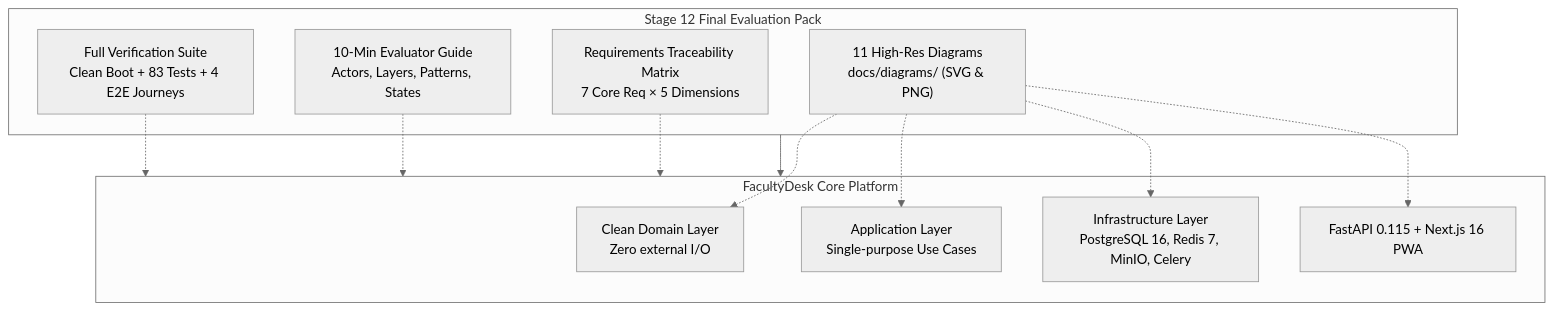
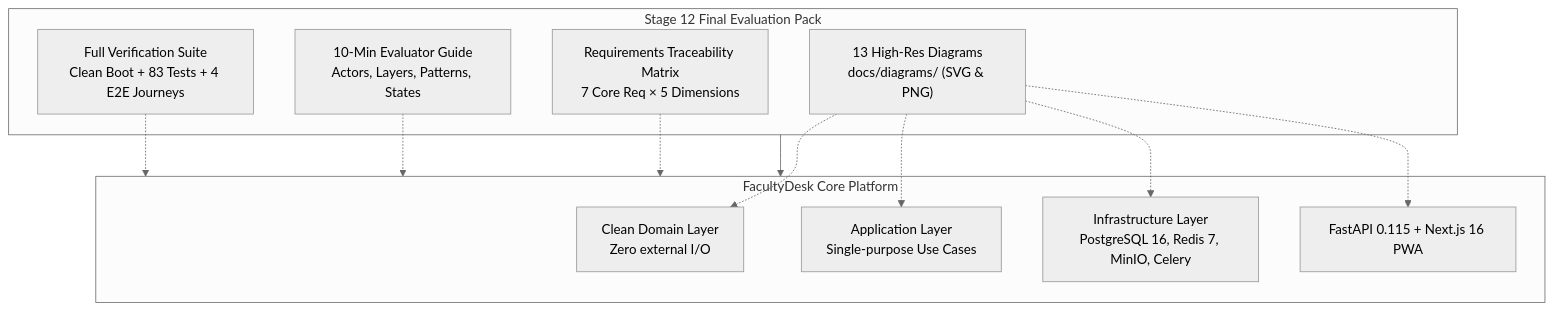
Diagram 13 of 13 in docs/DECISIONS.md (Quantum-Blade1/facultydesk), drawn with Mermaid (neutral theme) before and after one commit. The commit also changed other lines of this file and 6 other files, not shown here.

Commit message:
feat(diagrams): add uml collaboration and package diagrams

````diff
--- a/docs/DECISIONS.md
+++ b/docs/DECISIONS.md
@@ -591,25 +603,25 @@
 ```mermaid
 flowchart TD
     subgraph Audit["Stage 12 Final Evaluation Pack"]
-        Diag["11 High-Res Diagrams<br/>docs/diagrams/ (SVG & PNG)"]
+        Diag["13 High-Res Diagrams<br/>docs/diagrams/ (SVG & PNG)"]
         Trace["Requirements Traceability Matrix<br/>7 Core Req &times; 5 Dimensions"]
         Eval["10-Min Evaluator Guide<br/>Actors, Layers, Patterns, States"]
         AuditSuite["Full Verification Suite<br/>Clean Boot + 83 Tests + 4 E2E Journeys"]
     end
 
     subgraph System["FacultyDesk Core Platform"]
         Domain["Clean Domain Layer<br/>Zero external I/O"]
         App["Application Layer<br/>Single-purpose Use Cases"]
         Infra["Infrastructure Layer<br/>PostgreSQL 16, Redis 7, MinIO, Celery"]
         API["FastAPI 0.115 + Next.js 16 PWA"]
     end
 
     Audit --> System
     Diag -.-> Domain
     Diag -.-> App
     Diag -.-> Infra
     Diag -.-> API
     Trace -.-> System
     Eval -.-> System
     AuditSuite -.-> System
 ```
````
